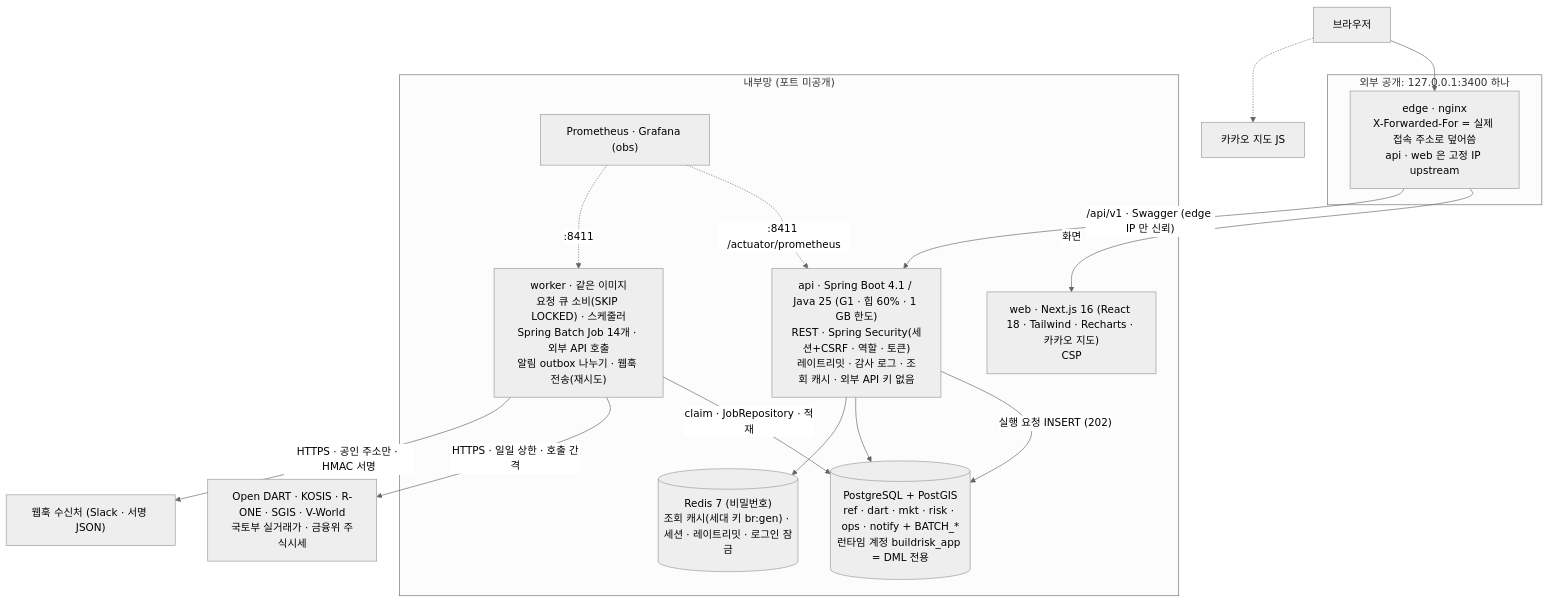
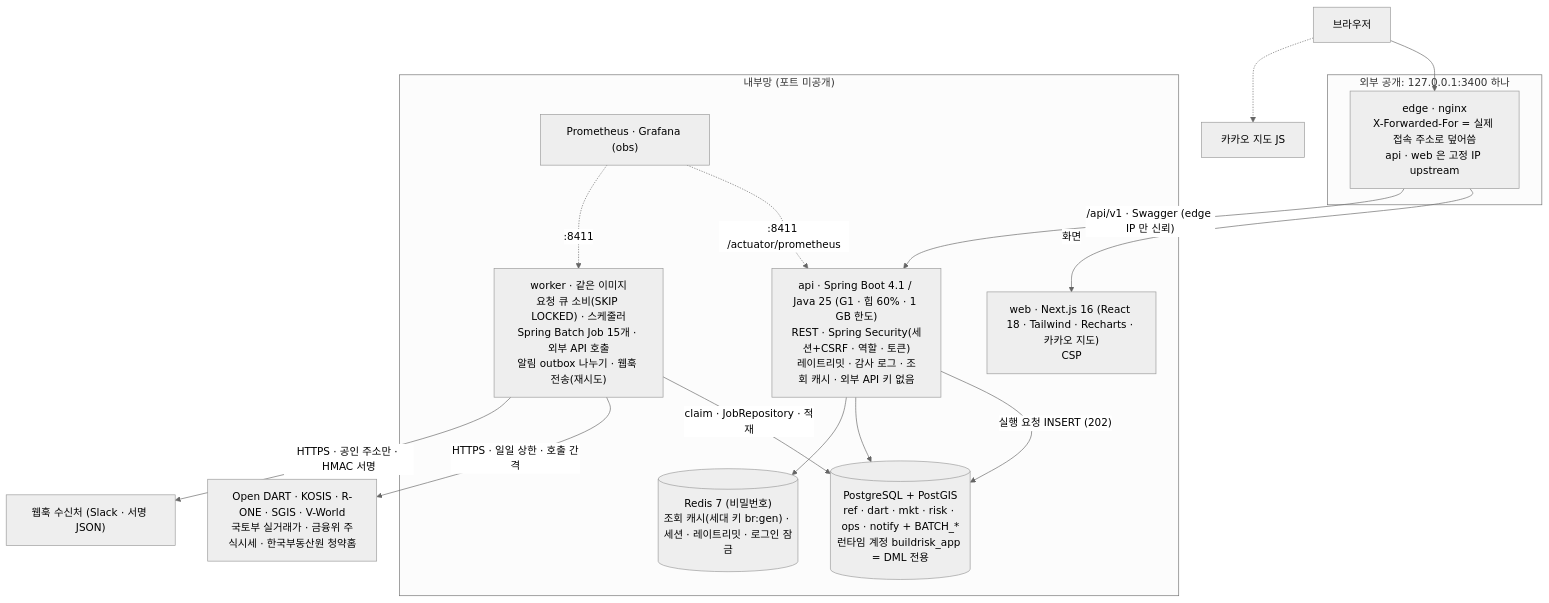
One commit to Jinyoung-Kang/buildrisk-radar changed the first of 2 diagrams in README.md. Above: the diagram before and after it, drawn with Mermaid (neutral theme). The commit also changed other lines of this file and 95 other files, not shown here.

````diff
--- a/README.md
+++ b/README.md
@@ -132,31 +138,31 @@
 ```mermaid
 flowchart TB
   user["브라우저"]
   subgraph edgezone["외부 공개: 127.0.0.1:3400 하나"]
     edge["edge · nginx<br/>X-Forwarded-For = 실제 접속 주소로 덮어씀<br/>api · web 은 고정 IP upstream"]
   end
   subgraph internal["내부망 (포트 미공개)"]
     web["web · Next.js 16 (React 18 · Tailwind · Recharts · 카카오 지도)<br/>CSP"]
     api["api · Spring Boot 4.1 / Java 25 (G1 · 힙 60% · 1 GB 한도)<br/>REST · Spring Security(세션+CSRF · 역할 · 토큰)<br/>레이트리밋 · 감사 로그 · 조회 캐시 · 외부 API 키 없음"]
-    worker["worker · 같은 이미지<br/>요청 큐 소비(SKIP LOCKED) · 스케줄러<br/>Spring Batch Job 14개 · 외부 API 호출<br/>알림 outbox 나누기 · 웹훅 전송(재시도)"]
+    worker["worker · 같은 이미지<br/>요청 큐 소비(SKIP LOCKED) · 스케줄러<br/>Spring Batch Job 15개 · 외부 API 호출<br/>알림 outbox 나누기 · 웹훅 전송(재시도)"]
     pg[("PostgreSQL + PostGIS<br/>ref · dart · mkt · risk · ops · notify + BATCH_*<br/>런타임 계정 buildrisk_app = DML 전용")]
     redis[("Redis 7 (비밀번호)<br/>조회 캐시(세대 키 br:gen) · 세션 · 레이트리밋 · 로그인 잠금")]
     prom["Prometheus · Grafana (obs)"]
   end
-  ext["Open DART · KOSIS · R-ONE · SGIS · V-World<br/>국토부 실거래가 · 금융위 주식시세"]
+  ext["Open DART · KOSIS · R-ONE · SGIS · V-World<br/>국토부 실거래가 · 금융위 주식시세 · 한국부동산원 청약홈"]
   hook["웹훅 수신처 (Slack · 서명 JSON)"]
   kakao["카카오 지도 JS"]
 
   user --> edge
   user -.-> kakao
   edge -- "화면" --> web
   edge -- "/api/v1 · Swagger (edge IP 만 신뢰)" --> api
   api -- "실행 요청 INSERT (202)" --> pg
   worker -- "claim · JobRepository · 적재" --> pg
   worker -- "HTTPS · 일일 상한 · 호출 간격" --> ext
   worker -- "HTTPS · 공인 주소만 · HMAC 서명" --> hook
   api --> pg
   api --> redis
   prom -. ":8411 /actuator/prometheus" .-> api
   prom -. ":8411" .-> worker
 ```
````
